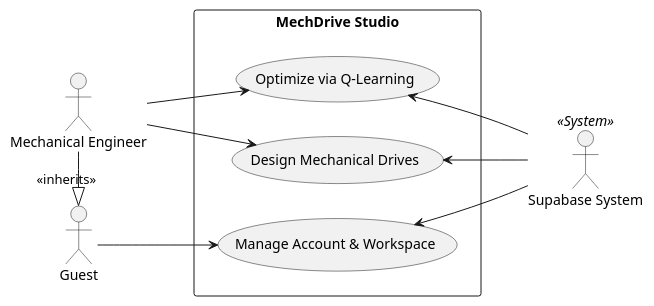
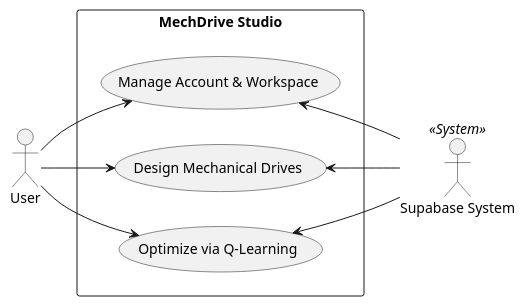
One commit to dvydinh/mechdrive changed the diagram in docs/uml/uc_high_level.puml. Above: the diagram before and after it, drawn with PlantUML. The commit also changed 4 other files, not shown here.

```diff
--- a/docs/uml/uc_high_level.puml
+++ b/docs/uml/uc_high_level.puml
@@ -1,30 +1,24 @@
 @startuml
 left to right direction
 skinparam packageStyle rectangle
 
-together {
-  actor "Guest" as guest
-  actor "Mechanical Engineer" as eng
-}
-
+actor "User" as user
 actor "Supabase System" as supa << System >>
 
 package "MechDrive Studio" {
   together {
     usecase "Manage Account & Workspace" as UC1
     usecase "Design Mechanical Drives" as UC2
     usecase "Optimize via Q-Learning" as UC3
   }
 }
 
-guest <|- eng : <<inherits>>
-
-guest --> UC1
-eng --> UC2
-eng --> UC3
+user --> UC1
+user --> UC2
+user --> UC3
 
 UC1 <-- supa
 UC2 <-- supa
 UC3 <-- supa
 
 @enduml
```
